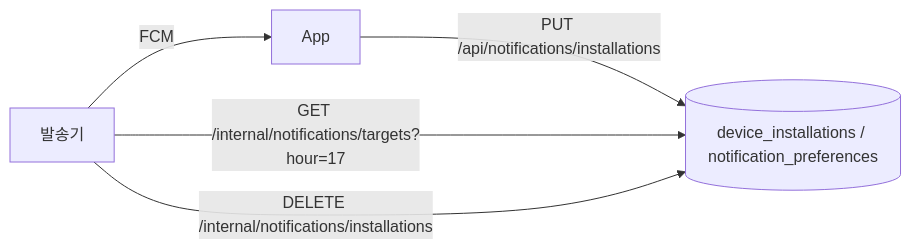
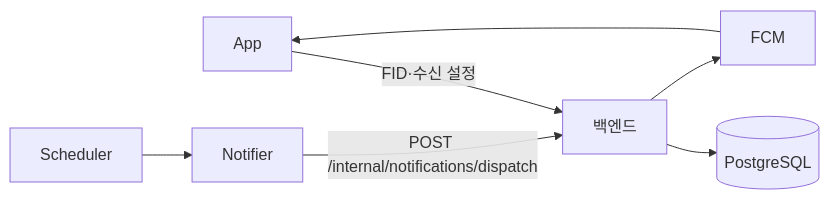
One commit to DaeSaBu/meongcoach-BE changed the diagram in docs/notification.md. Above: the diagram before and after it, drawn with Mermaid. The commit also changed other lines of this file and 2 other files, not shown here.

Commit message:
docs(notification): 백엔드 발송과 중복 호출 계약 반영

````diff
--- a/docs/notification.md
+++ b/docs/notification.md
@@ -6,7 +6,8 @@
 ```mermaid
 flowchart LR
-    App -- "PUT /api/notifications/installations" --> BE[(device_installations / notification_preferences)]
-    Sender[발송기] -- "GET /internal/notifications/targets?hour=17" --> BE
-    Sender -- FCM --> App
-    Sender -- "DELETE /internal/notifications/installations" --> BE
+    App -- "FID·수신 설정" --> BE[백엔드]
+    Scheduler --> Notifier
+    Notifier -- "POST /internal/notifications/dispatch" --> BE
+    BE --> DB[(PostgreSQL)]
+    BE --> FCM --> App
 ```
````
